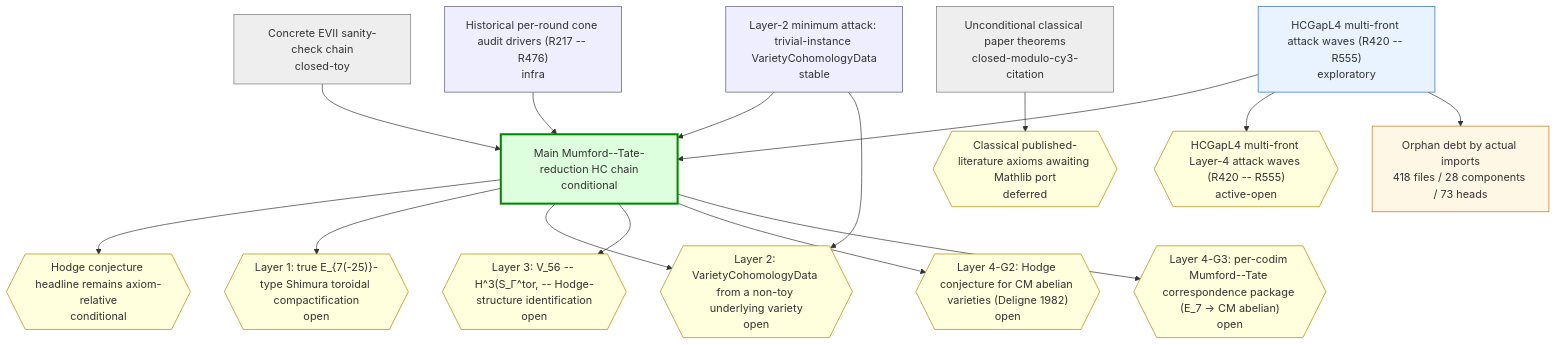
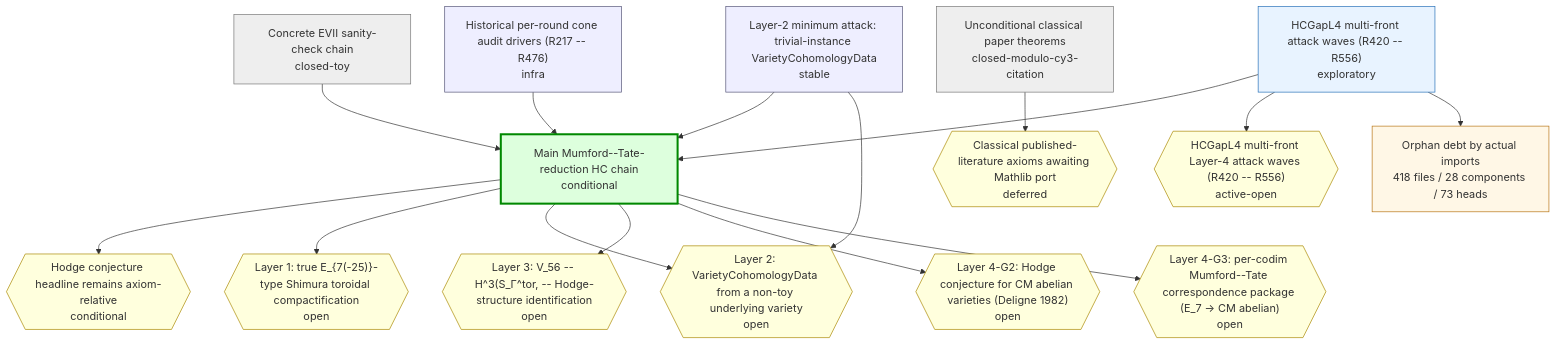
Before and after one commit to crabsatellite/hodge-conjecture-lean4-formalization: the first of 2 diagrams in chain-status/research-map.md, drawn with Mermaid. The commit also changed other lines of this file and 7 other files, not shown here.

````diff
--- a/chain-status/research-map.md
+++ b/chain-status/research-map.md
@@ -45,44 +45,44 @@
 ```mermaid
 graph TD
   classDef main fill:#dfd,stroke:#080,stroke-width:3px
   classDef active fill:#e8f3ff,stroke:#2670b8
   classDef support fill:#eef,stroke:#557
   classDef closed fill:#eee,stroke:#777
   classDef dead fill:#fdd,stroke:#a00,stroke-width:2px
   classDef gapOpen fill:#ffd,stroke:#a80
   classDef gapClosed fill:#eee,stroke:#777
   classDef gapDead fill:#fdd,stroke:#a00
   classDef debt fill:#fff7e6,stroke:#b87514
   classDef debtTaxonomy fill:#e8f3ff,stroke:#2670b8,stroke-dasharray:3 3
   classDef debtRule fill:#eefbea,stroke:#398439,stroke-dasharray:3 3
   classDef debtDead fill:#fdd,stroke:#a00,stroke-dasharray:3 3
   chain_main_hc_axiom_relative["Main Mumford--Tate-reduction HC chain\nconditional"]:::main
   chain_unconditional_classical["Unconditional classical paper theorems\nclosed-modulo-cy3-citation"]:::closed
   chain_hcgap_l2_trivial_instances["Layer-2 minimum attack: trivial-instance VarietyCohomologyData\nstable"]:::support
-  chain_hcgap_l4_multifront_active["HCGapL4 multi-front attack waves (R420 -- R555)\nexploratory"]:::active
+  chain_hcgap_l4_multifront_active["HCGapL4 multi-front attack waves (R420 -- R556)\nexploratory"]:::active
   chain_concrete_evii_toy["Concrete EVII sanity-check chain\nclosed-toy"]:::closed
   chain_historical_cone_audits["Historical per-round cone audit drivers (R217 -- R476)\ninfra"]:::support
   gap_G_main_hc{{"Hodge conjecture headline remains axiom-relative\nconditional"}}:::gapOpen
   gap_G_l1_e7_shimura_tor{{"Layer 1: true E_{7(-25)}-type Shimura toroidal compactification\nopen"}}:::gapOpen
   gap_G_l2_cohomology_construction{{"Layer 2: VarietyCohomologyData from a non-toy underlying variety\nopen"}}:::gapOpen
   gap_G_l3_v56_mt_identification{{"Layer 3: V_56 -- H^3(S_Γ^tor, -- Hodge-structure identification\nopen"}}:::gapOpen
   gap_G_l4_cm_abelian_hc{{"Layer 4-G2: Hodge conjecture for CM abelian varieties (Deligne 1982)\nopen"}}:::gapOpen
   gap_G_l4_mt_correspondence{{"Layer 4-G3: per-codim Mumford--Tate correspondence package (E_7 -> CM abelian)\nopen"}}:::gapOpen
   gap_G_classical_mathlib_port{{"Classical published-literature axioms awaiting Mathlib port\ndeferred"}}:::gapOpen
-  gap_G_hcgap_l4_multifront{{"HCGapL4 multi-front Layer-4 attack waves (R420 -- R555)\nactive-open"}}:::gapOpen
+  gap_G_hcgap_l4_multifront{{"HCGapL4 multi-front Layer-4 attack waves (R420 -- R556)\nactive-open"}}:::gapOpen
   chain_main_hc_axiom_relative --> gap_G_main_hc
   chain_main_hc_axiom_relative --> gap_G_l1_e7_shimura_tor
   chain_main_hc_axiom_relative --> gap_G_l2_cohomology_construction
   chain_main_hc_axiom_relative --> gap_G_l3_v56_mt_identification
   chain_main_hc_axiom_relative --> gap_G_l4_cm_abelian_hc
   chain_main_hc_axiom_relative --> gap_G_l4_mt_correspondence
   chain_unconditional_classical --> gap_G_classical_mathlib_port
   chain_hcgap_l2_trivial_instances --> chain_main_hc_axiom_relative
   chain_hcgap_l2_trivial_instances --> gap_G_l2_cohomology_construction
   chain_hcgap_l4_multifront_active --> chain_main_hc_axiom_relative
   chain_hcgap_l4_multifront_active --> gap_G_hcgap_l4_multifront
   chain_concrete_evii_toy --> chain_main_hc_axiom_relative
   chain_historical_cone_audits --> chain_main_hc_axiom_relative
   debt_all["Orphan debt by actual imports\n418 files / 28 components / 73 heads"]:::debt
   chain_hcgap_l4_multifront_active --> debt_all
 ```
````
